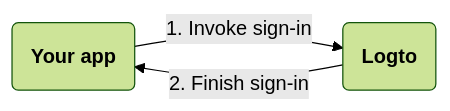
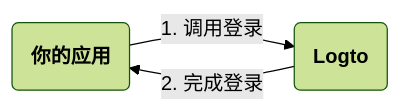
One commit to logto-io/docs changed the first of 5 diagrams in i18n/zh-CN/docusaurus-plugin-content-docs/current/concepts/sign-in-experience.mdx. Above: the diagram before and after it, drawn with Mermaid (forest theme). The commit also changed other lines of this file and 449 other files, not shown here.

````diff
--- a/i18n/zh-CN/docusaurus-plugin-content-docs/current/concepts/sign-in-experience.mdx
+++ b/i18n/zh-CN/docusaurus-plugin-content-docs/current/concepts/sign-in-experience.mdx
@@ -14,5 +14,5 @@
 ```mermaid
 graph LR
-    A(<b>Your app</b>) -->|1. Invoke sign-in| B(<b>Logto</b>)
-    B -->|2. Finish sign-in| A
+    A(<b>你的应用</b>) -->|1. 调用登录| B(<b>Logto</b>)
+    B -->|2. 完成登录| A
 ```
````
